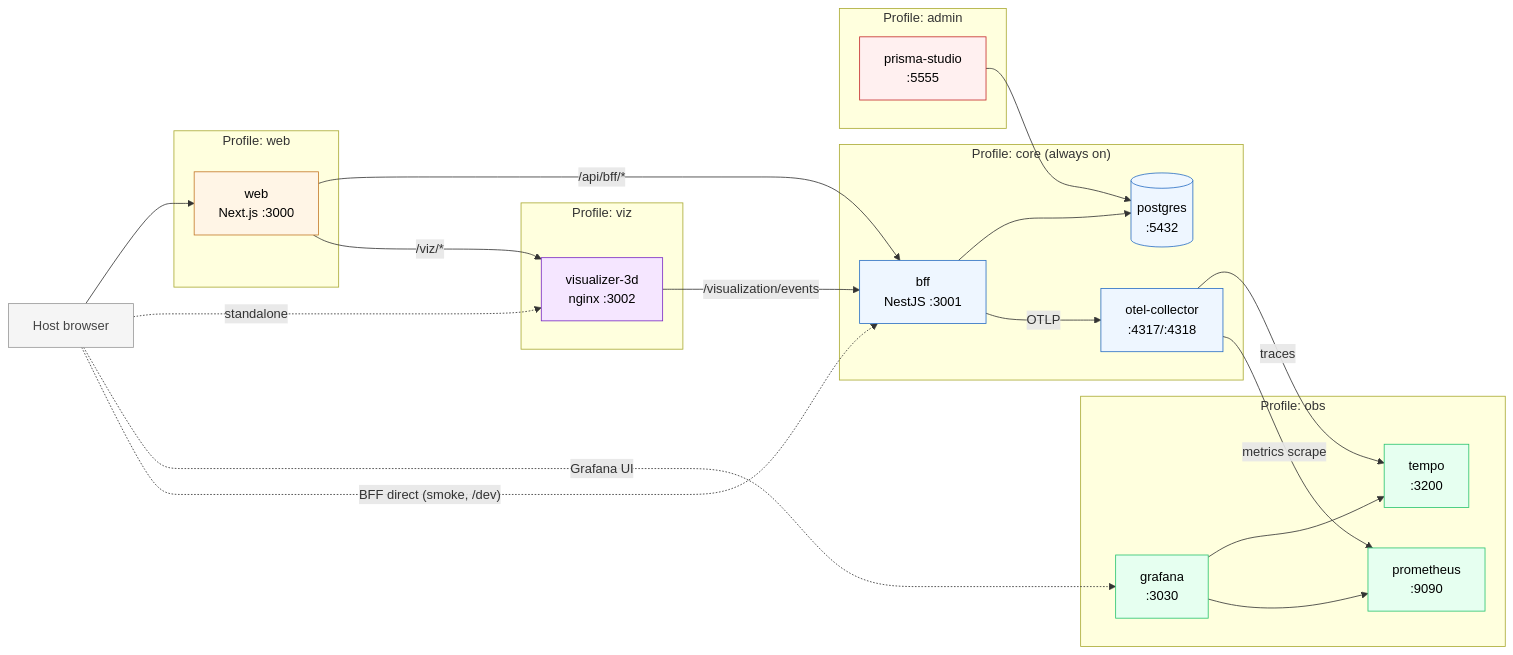
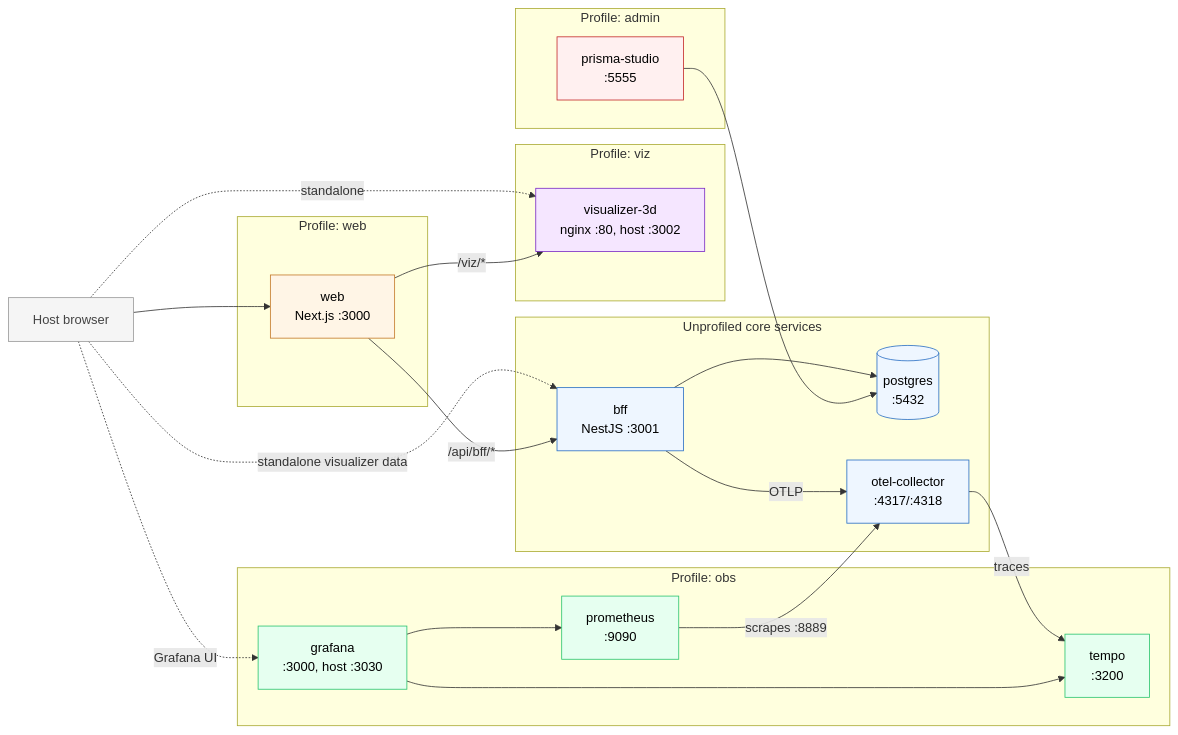
The diagram in docs/architecture/containers.md (nicopizar00/expresso-engineering-playground), drawn with Mermaid before and after one commit. The commit also changed other lines of this file and 18 other files, not shown here.

````diff
--- a/docs/architecture/containers.md
+++ b/docs/architecture/containers.md
@@ -9,52 +12,51 @@
 ```mermaid
 flowchart LR
   classDef coreSvc fill:#eef6ff,stroke:#2a6fc4,color:#000;
   classDef webSvc  fill:#fff5e6,stroke:#c47a2a,color:#000;
   classDef vizSvc  fill:#f5e6ff,stroke:#7a2ac4,color:#000;
   classDef adminSvc fill:#fff0f0,stroke:#c42a2a,color:#000;
   classDef obsSvc  fill:#e6fff0,stroke:#2ac46f,color:#000;
   classDef ext     fill:#f5f5f5,stroke:#999,color:#444;
 
   Browser["Host browser"]:::ext
 
-  subgraph core["Profile: core (always on)"]
+  subgraph core["Unprofiled core services"]
     BFF["bff<br/>NestJS :3001"]:::coreSvc
     PG[("postgres<br/>:5432")]:::coreSvc
     OTEL["otel-collector<br/>:4317/:4318"]:::coreSvc
   end
 
   subgraph web["Profile: web"]
     Web["web<br/>Next.js :3000"]:::webSvc
   end
 
   subgraph viz["Profile: viz"]
-    Viz["visualizer-3d<br/>nginx :3002"]:::vizSvc
+    Viz["visualizer-3d<br/>nginx :80, host :3002"]:::vizSvc
   end
 
   subgraph admin["Profile: admin"]
     Studio["prisma-studio<br/>:5555"]:::adminSvc
   end
 
   subgraph obs["Profile: obs"]
     Tempo["tempo<br/>:3200"]:::obsSvc
     Prom["prometheus<br/>:9090"]:::obsSvc
-    Graf["grafana<br/>:3030"]:::obsSvc
+    Graf["grafana<br/>:3000, host :3030"]:::obsSvc
   end
 
   Browser --> Web
   Browser -. "standalone" .-> Viz
   Browser -. "Grafana UI" .-> Graf
-  Browser -. "BFF direct (smoke, /dev)" .-> BFF
+  Browser -. "standalone visualizer data" .-> BFF
 
   Web -->|"/api/bff/*"| BFF
   Web -->|"/viz/*"| Viz
-  Viz -->|"/visualization/events"| BFF
   BFF --> PG
   Studio --> PG
 
   BFF -->|"OTLP"| OTEL
   OTEL -->|"traces"| Tempo
-  OTEL -->|"metrics scrape"| Prom
+  Prom -->|"scrapes :8889"| OTEL
   Graf --> Tempo
   Graf --> Prom
 ```
````
